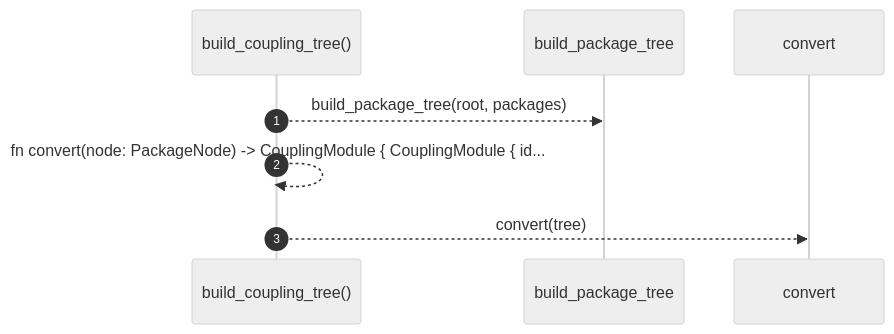
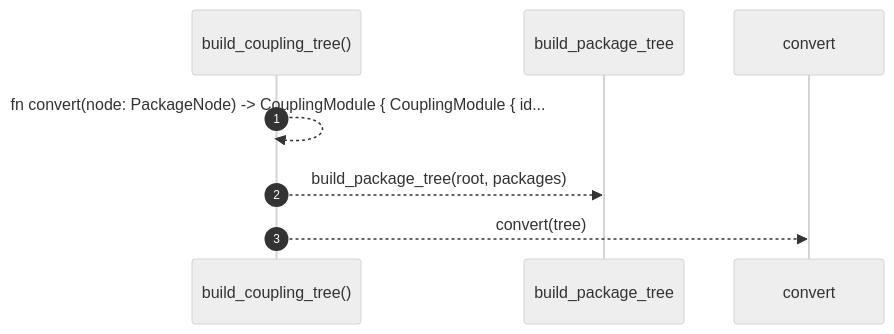
Before and after one commit to RyanGuild/self-describing-code: the diagram in docs/self-model/robby_render/view/deps/build-coupling-tree.md, drawn with Mermaid (neutral theme). The commit also changed other lines of this file and 747 other files, not shown here.

````diff
--- a/docs/self-model/robby_render/view/deps/build-coupling-tree.md
+++ b/docs/self-model/robby_render/view/deps/build-coupling-tree.md
@@ -28,10 +28,10 @@
 ```mermaid
 sequenceDiagram
     autonumber
     participant build_coupling_tree as build_coupling_tree()
     participant build_package_tree as build_package_tree
     participant convert as convert
+    build_coupling_tree-->>build_coupling_tree: fn convert(node: PackageNode) -> CouplingModule { CouplingModule { id...
     build_coupling_tree-->>build_package_tree: build_package_tree(root, packages)
-    build_coupling_tree-->>build_coupling_tree: fn convert(node: PackageNode) -> CouplingModule { CouplingModule { id...
     build_coupling_tree-->>convert: convert(tree)
 ```
````
